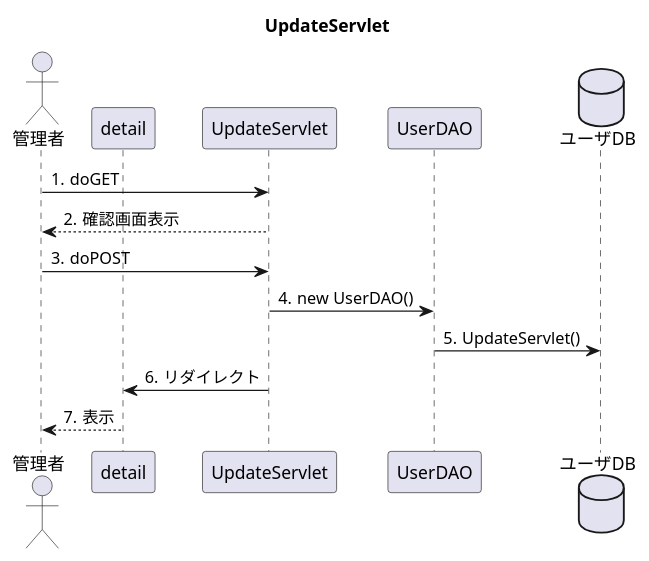
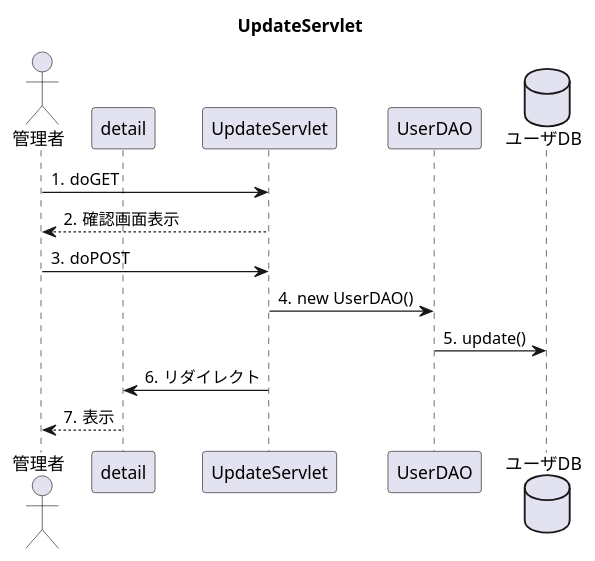
The diagram in uml_detail/seq_update.pu (toufu66/ProjectC), drawn with PlantUML before and after one commit.

Commit message:
詳細シーケンス 変更

```diff
--- a/uml_detail/seq_update.pu
+++ b/uml_detail/seq_update.pu
@@ -1,21 +1,21 @@
 @startuml
 title UpdateServlet
 
 autonumber "#."
 
 actor 管理者
 participant detail
 participant UpdateServlet
 participant UserDAO
 database ユーザDB
 
 
 管理者 -> UpdateServlet:doGET
 UpdateServlet --> 管理者:確認画面表示
 管理者 ->UpdateServlet:doPOST
 UpdateServlet -> UserDAO:new UserDAO()
-UserDAO -> ユーザDB:UpdateServlet()
+UserDAO -> ユーザDB:update()
 
 UpdateServlet -> detail:リダイレクト
 detail --> 管理者:表示
 @enduml
```
